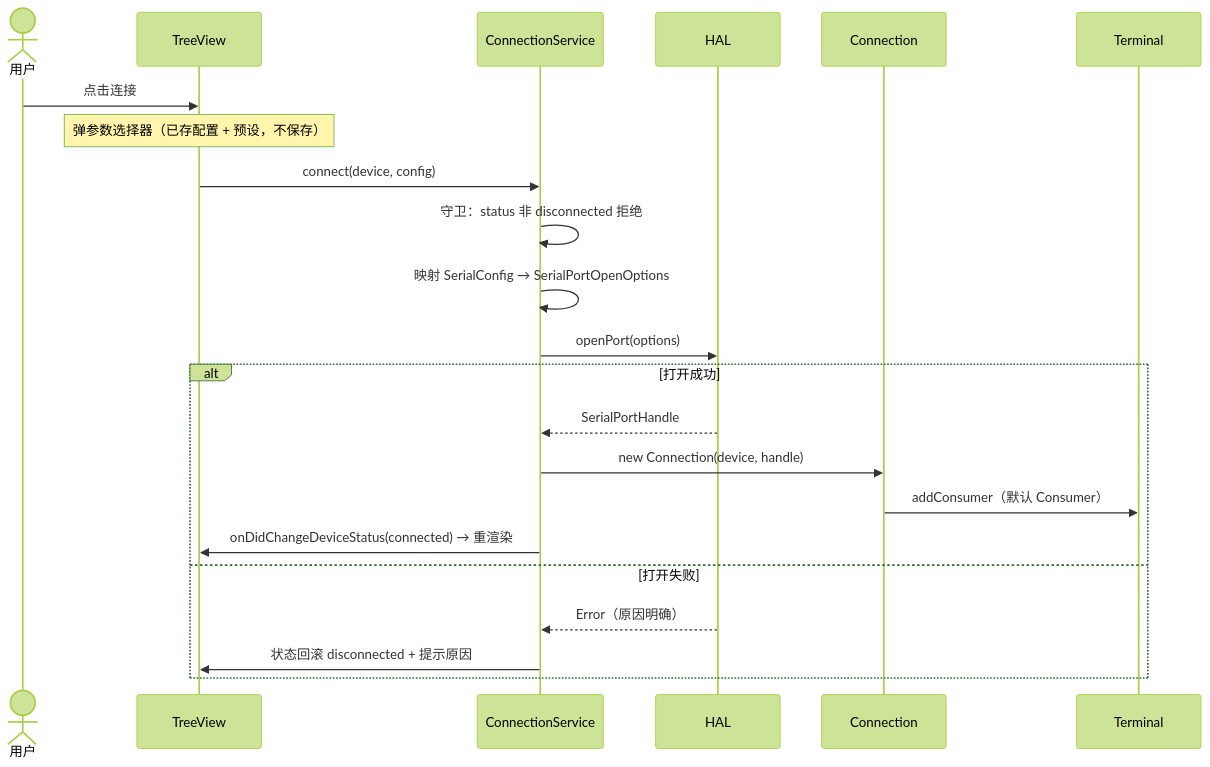
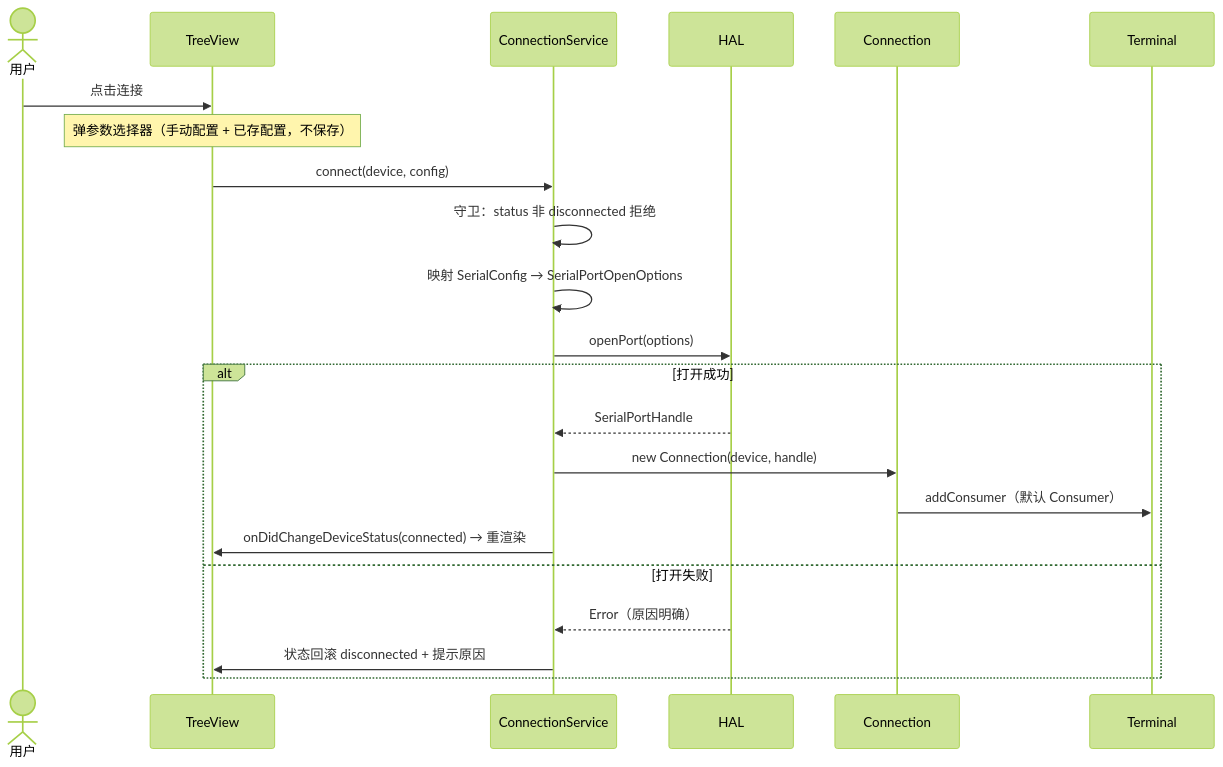
The third of 5 diagrams in doc/总体架构.md (ziqiang-zhu/vscode-serial-port-terminal), drawn with Mermaid (forest theme) before and after one commit. The commit also changed 6 other files, not shown here.

````diff
--- a/doc/总体架构.md
+++ b/doc/总体架构.md
@@ -87,25 +87,25 @@
 ```mermaid
 sequenceDiagram
     actor U as 用户
     participant V as TreeView
     participant C as ConnectionService
     participant H as HAL
     participant Conn as Connection
     participant T as Terminal
 
     U->>V: 点击连接
-    Note over V: 弹参数选择器（已存配置 + 预设，不保存）
+    Note over V: 弹参数选择器（手动配置 + 已存配置，不保存）
     V->>C: connect(device, config)
     C->>C: 守卫：status 非 disconnected 拒绝
     C->>C: 映射 SerialConfig → SerialPortOpenOptions
     C->>H: openPort(options)
     alt 打开成功
         H-->>C: SerialPortHandle
         C->>Conn: new Connection(device, handle)
         Conn->>T: addConsumer（默认 Consumer）
         C->>V: onDidChangeDeviceStatus(connected) → 重渲染
     else 打开失败
         H-->>C: Error（原因明确）
         C->>V: 状态回滚 disconnected + 提示原因
     end
 ```
````
